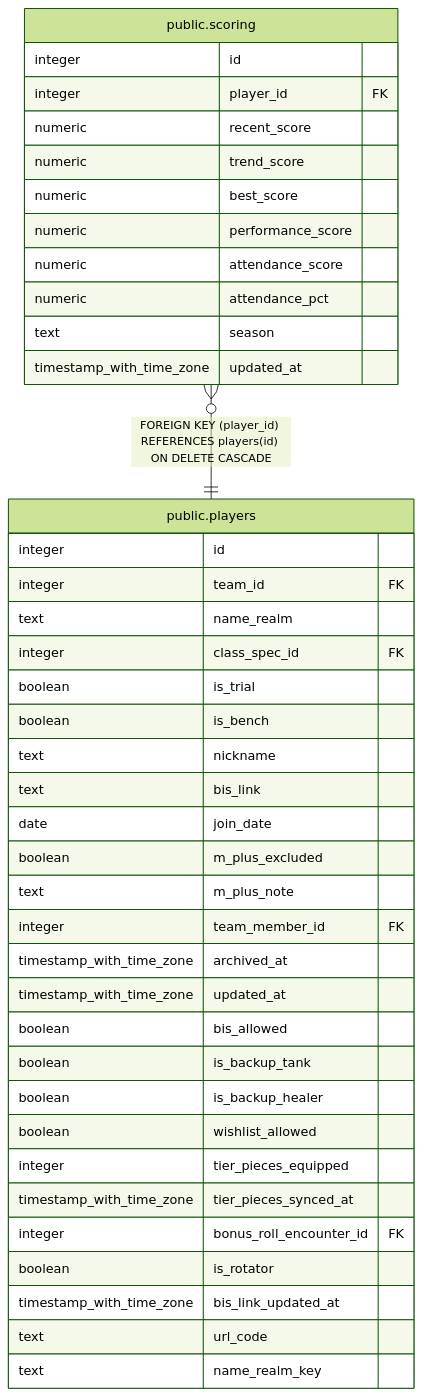
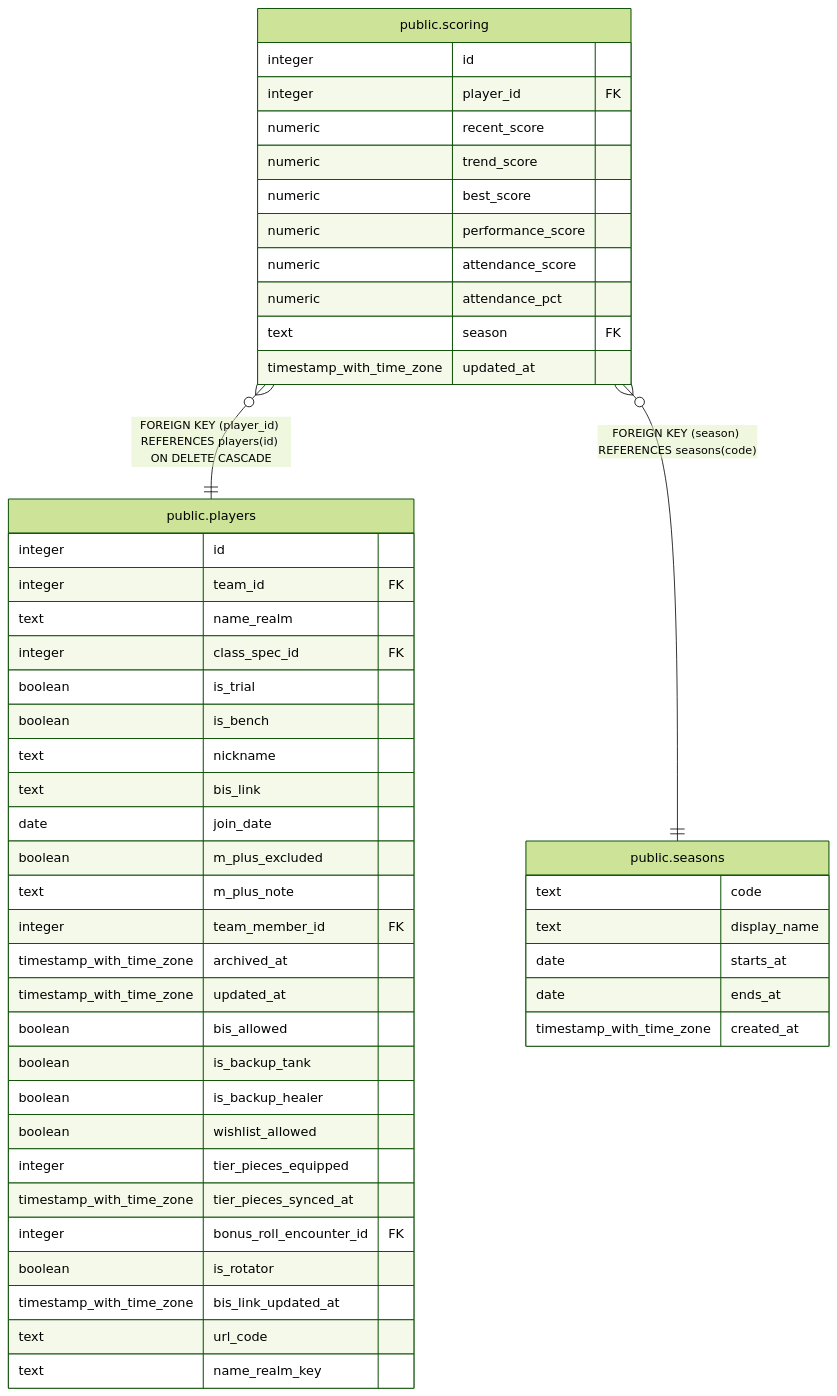
The diagram in dbdoc/public.scoring.md (katogaming88/WGA-Raid-Hub), drawn with Mermaid (forest theme) before and after one commit. The commit also changed other lines of this file and 64 other files, not shown here.

First line of the commit message:
A seasons table, a foreign key on every season column, and the sync keeping the team's stamp (v3.123.0) (#1194)

````diff
--- a/dbdoc/public.scoring.md
+++ b/dbdoc/public.scoring.md
@@ -41,45 +42,53 @@
 ```mermaid
 erDiagram
 
 "public.scoring" }o--|| "public.players" : "FOREIGN KEY (player_id) REFERENCES players(id) ON DELETE CASCADE"
+"public.scoring" }o--|| "public.seasons" : "FOREIGN KEY (season) REFERENCES seasons(code)"
 
 "public.scoring" {
   integer id
   integer player_id FK
   numeric recent_score
   numeric trend_score
   numeric best_score
   numeric performance_score
   numeric attendance_score
   numeric attendance_pct
-  text season
+  text season FK
   timestamp_with_time_zone updated_at
 }
 "public.players" {
   integer id
   integer team_id FK
   text name_realm
   integer class_spec_id FK
   boolean is_trial
   boolean is_bench
   text nickname
   text bis_link
   date join_date
   boolean m_plus_excluded
   text m_plus_note
   integer team_member_id FK
   timestamp_with_time_zone archived_at
   timestamp_with_time_zone updated_at
   boolean bis_allowed
   boolean is_backup_tank
   boolean is_backup_healer
   boolean wishlist_allowed
   integer tier_pieces_equipped
   timestamp_with_time_zone tier_pieces_synced_at
   integer bonus_roll_encounter_id FK
   boolean is_rotator
   timestamp_with_time_zone bis_link_updated_at
   text url_code
   text name_realm_key
 }
+"public.seasons" {
+  text code
+  text display_name
+  date starts_at
+  date ends_at
+  timestamp_with_time_zone created_at
+}
 ```
````
